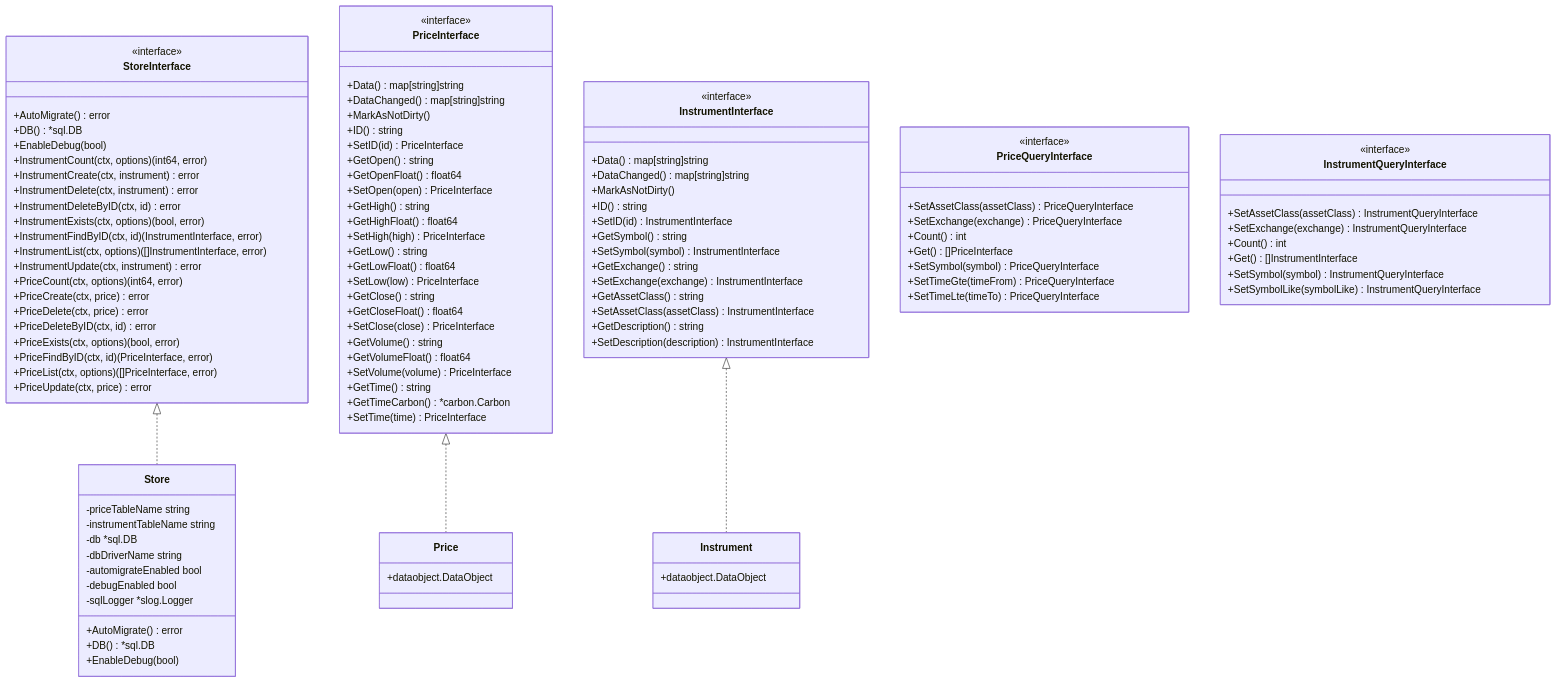
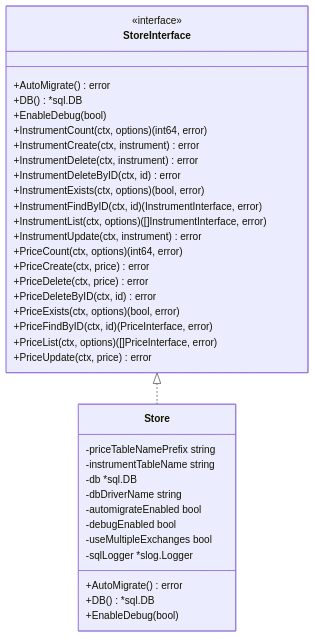
Before and after one commit to dracory/tradingstore: the first of 3 diagrams in README.md, drawn with Mermaid. The commit also changed other lines of this file and 13 other files, not shown here.

Commit message:
updated price table structure

````diff
--- a/README.md
+++ b/README.md
@@ -120,92 +174,18 @@
     }
 
     class Store {
-        -priceTableName string
+        -priceTableNamePrefix string
         -instrumentTableName string
         -db *sql.DB
         -dbDriverName string
         -automigrateEnabled bool
         -debugEnabled bool
+        -useMultipleExchanges bool
         -sqlLogger *slog.Logger
         +AutoMigrate() error
         +DB() *sql.DB
         +EnableDebug(bool)
     }
 
-    class PriceInterface {
-        <<interface>>
-        +Data() map[string]string
-        +DataChanged() map[string]string
-        +MarkAsNotDirty()
-        +ID() string
-        +SetID(id) PriceInterface
-        +GetOpen() string
-        +GetOpenFloat() float64
-        +SetOpen(open) PriceInterface
-        +GetHigh() string
-        +GetHighFloat() float64
-        +SetHigh(high) PriceInterface
-        +GetLow() string
-        +GetLowFloat() float64
-        +SetLow(low) PriceInterface
-        +GetClose() string
-        +GetCloseFloat() float64
-        +SetClose(close) PriceInterface
-        +GetVolume() string
-        +GetVolumeFloat() float64
-        +SetVolume(volume) PriceInterface
-        +GetTime() string
-        +GetTimeCarbon() *carbon.Carbon
-        +SetTime(time) PriceInterface
-    }
-
-    class InstrumentInterface {
-        <<interface>>
-        +Data() map[string]string
-        +DataChanged() map[string]string
-        +MarkAsNotDirty()
-        +ID() string
-        +SetID(id) InstrumentInterface
-        +GetSymbol() string
-        +SetSymbol(symbol) InstrumentInterface
-        +GetExchange() string
-        +SetExchange(exchange) InstrumentInterface
-        +GetAssetClass() string
-        +SetAssetClass(assetClass) InstrumentInterface
-        +GetDescription() string
-        +SetDescription(description) InstrumentInterface
-    }
-
-    class Price {
-        +dataobject.DataObject
-    }
-
-    class Instrument {
-        +dataobject.DataObject
-    }
-
-    class PriceQueryInterface {
-        <<interface>>
-        +SetAssetClass(assetClass) PriceQueryInterface
-        +SetExchange(exchange) PriceQueryInterface
-        +Count() int
-        +Get() []PriceInterface
-        +SetSymbol(symbol) PriceQueryInterface
-        +SetTimeGte(timeFrom) PriceQueryInterface
-        +SetTimeLte(timeTo) PriceQueryInterface
-    }
-
-    class InstrumentQueryInterface {
-        <<interface>>
-        +SetAssetClass(assetClass) InstrumentQueryInterface
-        +SetExchange(exchange) InstrumentQueryInterface
-        +Count() int
-        +Get() []InstrumentInterface
-        +SetSymbol(symbol) InstrumentQueryInterface
-        +SetSymbolLike(symbolLike) InstrumentQueryInterface
-    }
-
     StoreInterface <|.. Store
-    PriceInterface <|.. Price
-    InstrumentInterface <|.. Instrument
 ```
````
